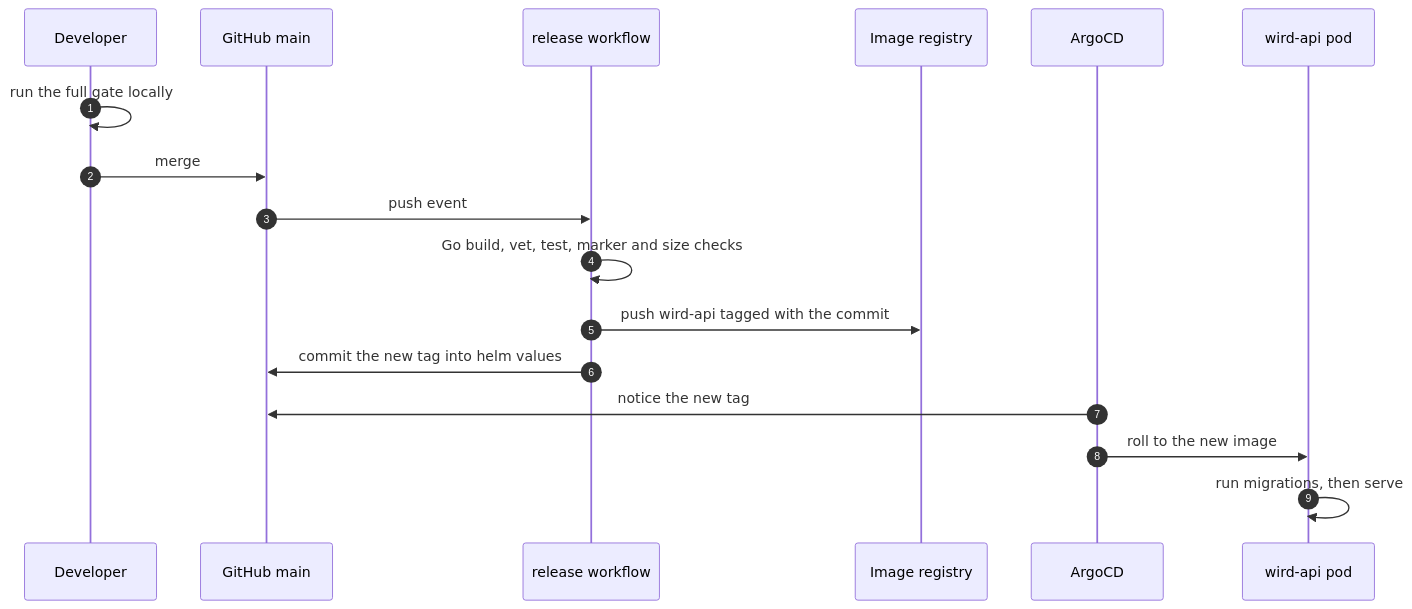
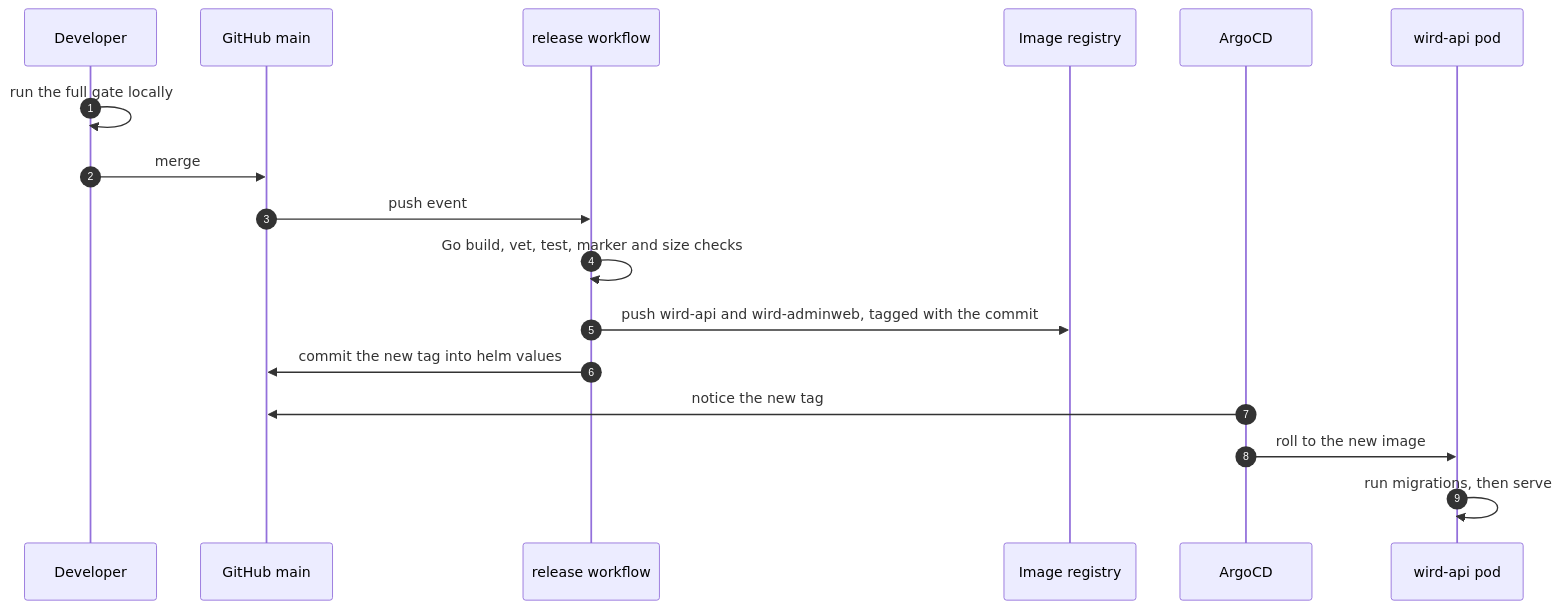
The first of 4 diagrams in docs/architecture/deploy.md (MohammadBnei/wird), drawn with Mermaid before and after one commit. The commit also changed other lines of this file and 26 other files, not shown here.

````diff
--- a/docs/architecture/deploy.md
+++ b/docs/architecture/deploy.md
@@ -16,19 +16,19 @@
 ```mermaid
 sequenceDiagram
   autonumber
   participant Dev as Developer
   participant GH as GitHub main
   participant CI as release workflow
   participant Reg as Image registry
   participant Argo as ArgoCD
   participant Pod as wird-api pod
   Dev->>Dev: run the full gate locally
   Dev->>GH: merge
   GH->>CI: push event
   CI->>CI: Go build, vet, test, marker and size checks
-  CI->>Reg: push wird-api tagged with the commit
+  CI->>Reg: push wird-api and wird-adminweb, tagged with the commit
   CI->>GH: commit the new tag into helm values
   Argo->>GH: notice the new tag
   Argo->>Pod: roll to the new image
   Pod->>Pod: run migrations, then serve
 ```
````
